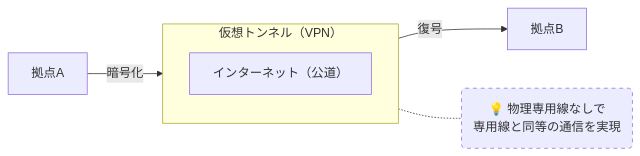
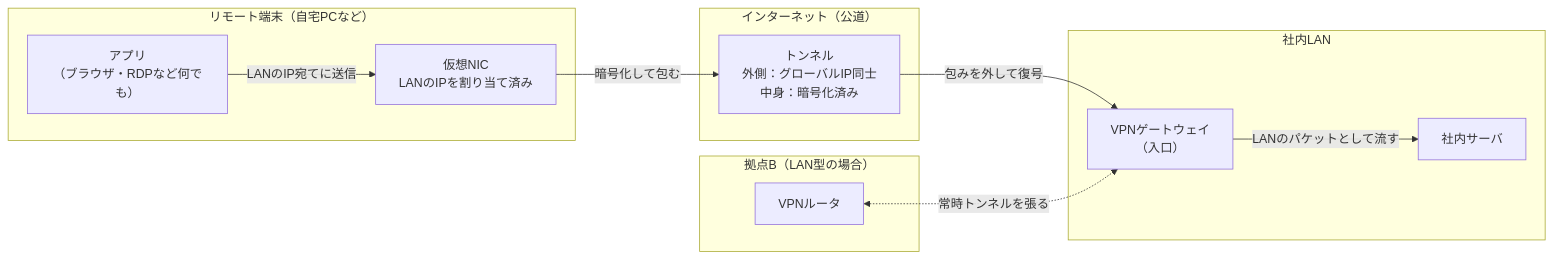
One commit to Bassiy/share_knowledge changed the diagram in concepts/vpn.md. Above: the diagram before and after it, drawn with Mermaid. The commit also changed other lines of this file, not shown here.

````diff
--- a/concepts/vpn.md
+++ b/concepts/vpn.md
@@ -40,13 +14,23 @@
 ```mermaid
-graph LR
-    A["拠点A"] -->|暗号化| Tunnel
-    subgraph Tunnel["仮想トンネル（VPN）"]
-        Internet["インターネット（公道）"]
+flowchart LR
+    subgraph Home["リモート端末（自宅PCなど）"]
+        App["アプリ<br/>（ブラウザ・RDPなど何でも）"]
+        VNIC["仮想NIC<br/>LANのIPを割り当て済み"]
     end
-    Tunnel -->|復号| B["拠点B"]
+    subgraph Internet["インターネット（公道）"]
+        Tunnel["トンネル<br/>外側：グローバルIP同士<br/>中身：暗号化済み"]
+    end
+    subgraph Corp["社内LAN"]
+        GW["VPNゲートウェイ<br/>（入口）"]
+        Server["社内サーバ"]
+    end
+    subgraph Site["拠点B（LAN型の場合）"]
+        Router["VPNルータ"]
+    end
 
-    Note("💡 物理専用線なしで<br/>専用線と同等の通信を実現")
-    Tunnel -.- Note
-    classDef note stroke-dasharray: 5 5
-    class Note note
+    App -->|LANのIP宛てに送信| VNIC
+    VNIC -->|暗号化して包む| Tunnel
+    Tunnel -->|包みを外して復号| GW
+    GW -->|LANのパケットとして流す| Server
+    Router <-.->|常時トンネルを張る| GW
 ```
````
